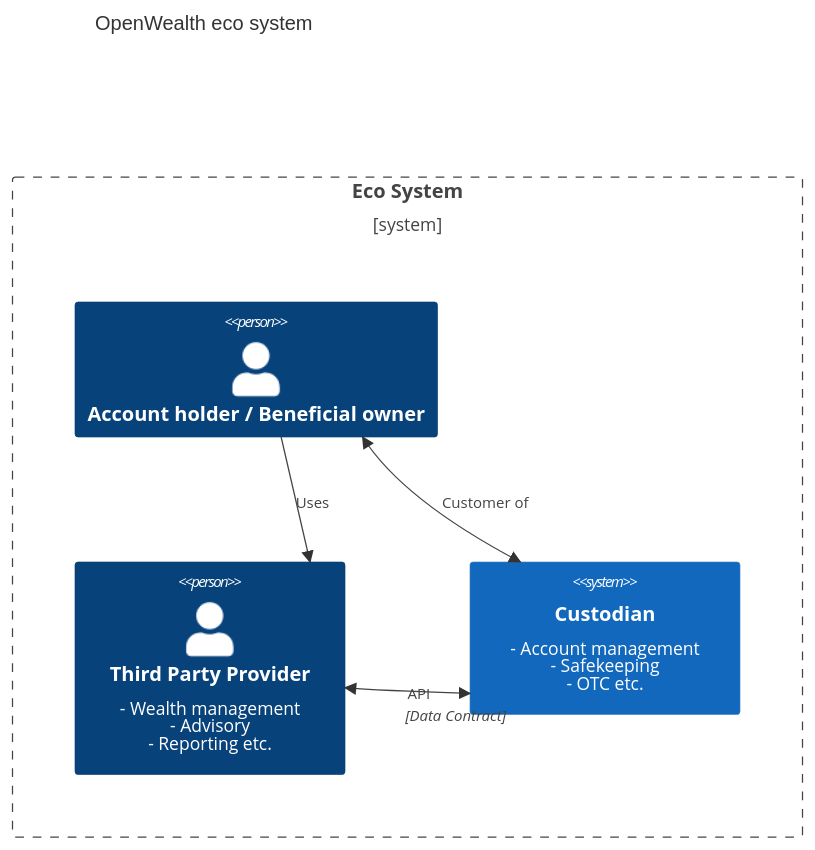
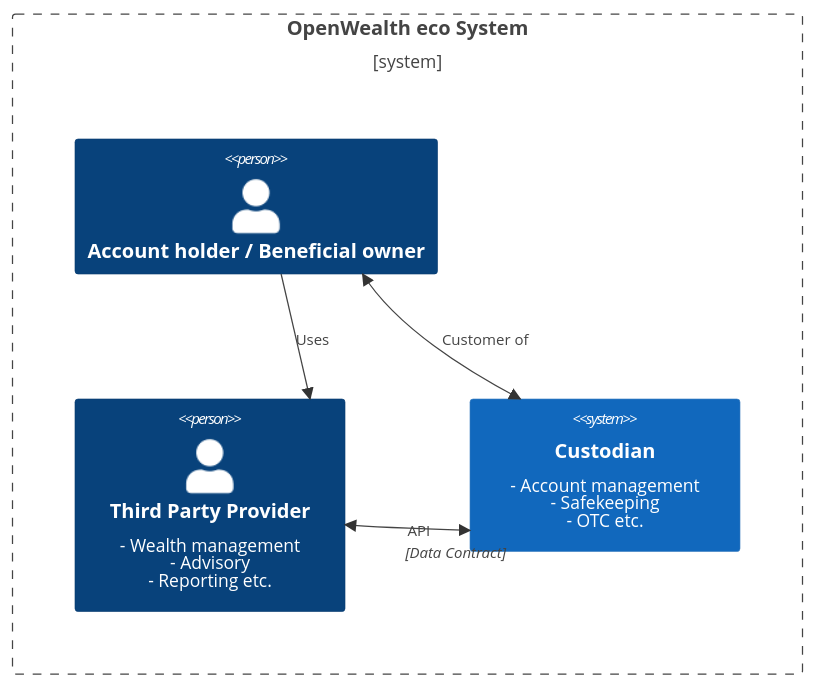
Before and after one commit to OpenWealth/OpenWealth: the first of 2 diagrams in README.md, drawn with Mermaid. The commit also changed other lines of this file, not shown here.

````diff
--- a/README.md
+++ b/README.md
@@ -17,20 +17,19 @@
 ```mermaid
     C4Context
-      title OpenWealth eco system
-      Boundary(b0, "Eco System") {
+      Boundary(b0, "OpenWealth eco System") {
         Person(PartyA, "Account holder / Beneficial owner")
         Person(PartyB, "Third Party Provider", "- Wealth management<br>- Advisory<br>- Reporting etc.")
 
         System(SystemA, "Custodian", "- Account management<br>- Safekeeping<br>- OTC etc.")
       }
 
       Rel(PartyA, PartyB, "Uses")
       BiRel(PartyA, SystemA, "Customer of")
       BiRel(PartyB, SystemA, "API", "Data Contract")
 
 
       UpdateLayoutConfig($c4ShapeInRow="2", $c4BoundaryInRow="1")
 
 
 
 ```
````
